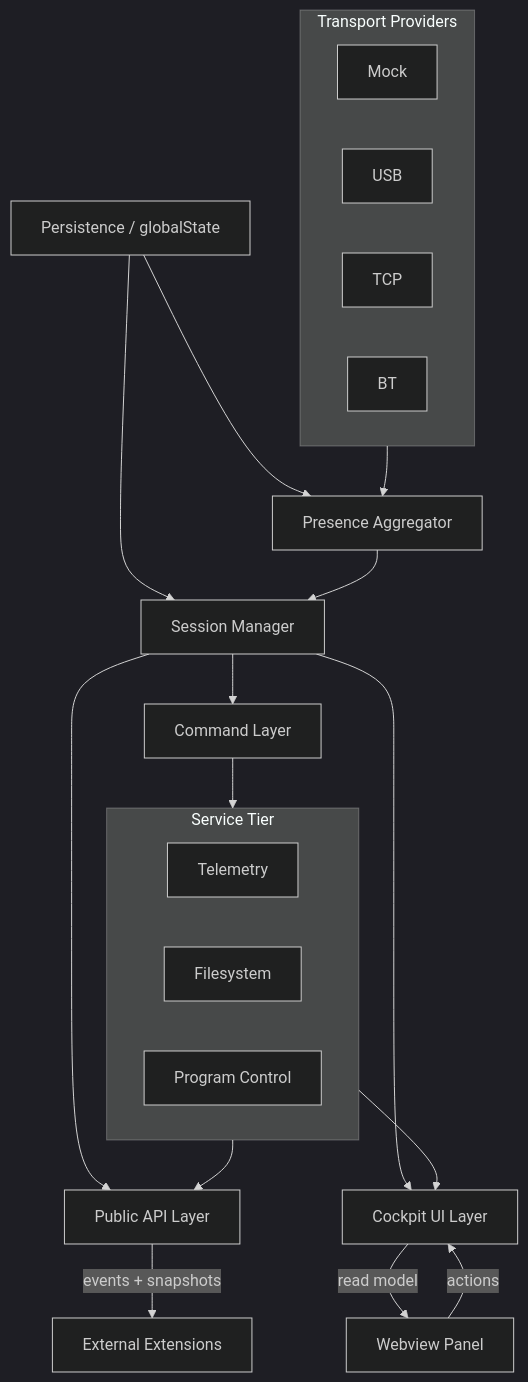
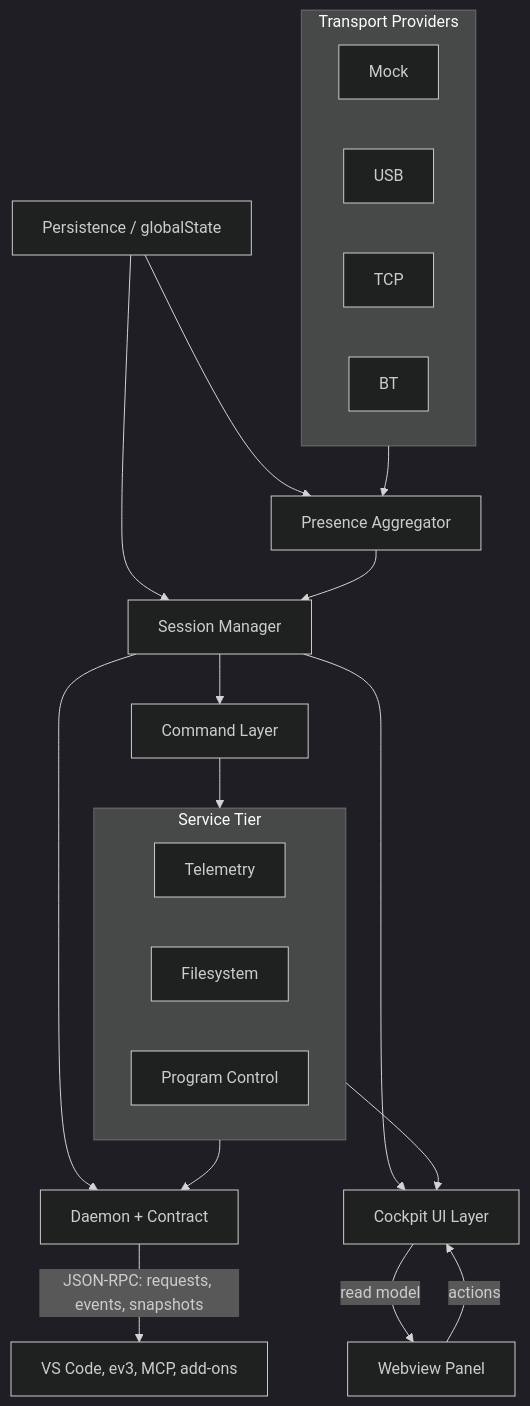
Before and after one commit to 99LevelsUp/ev3-cockpit: the first of 5 diagrams in DESIGN.md, drawn with Mermaid (dark theme). The commit also changed other lines of this file and 13 other files, not shown here.

First line of the commit message:
docs: the daemon architecture in the documents of the current state

````diff
--- a/DESIGN.md
+++ b/DESIGN.md
@@ -93,36 +91,36 @@
 ```mermaid
 graph TD
     subgraph Providers["Transport Providers"]
         PM[Mock]
         PU[USB]
         PT[TCP]
         PB[BT]
     end
 
     PERS[Persistence / globalState]
 
     PA[Presence Aggregator]
     SM[Session Manager]
     CMD[Command Layer]
     subgraph Services["Service Tier"]
         TM[Telemetry]
         FS[Filesystem]
         PC[Program Control]
     end
-    API[Public API Layer]
+    API[Daemon + Contract]
     UI[Cockpit UI Layer]
 
     Providers --> PA
     PERS --> PA
     PERS --> SM
     PA --> SM
     SM --> CMD
     CMD --> Services
     SM --> API
     Services --> API
     SM --> UI
     Services --> UI
-    API -->|events + snapshots| EXT[External Extensions]
+    API -->|JSON-RPC: requests, events, snapshots| EXT[VS Code, ev3, MCP, add-ons]
     UI -->|read model| PANEL[Webview Panel]
     PANEL -->|actions| UI
 ```
````
